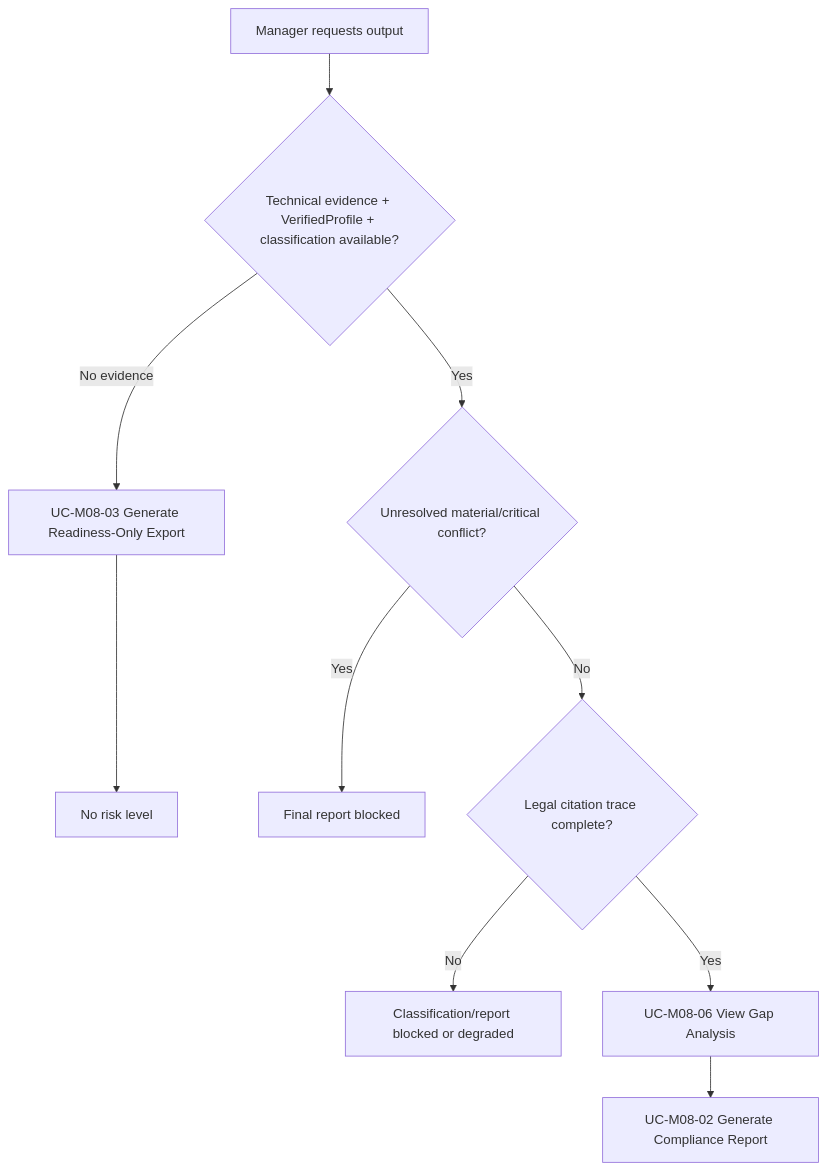
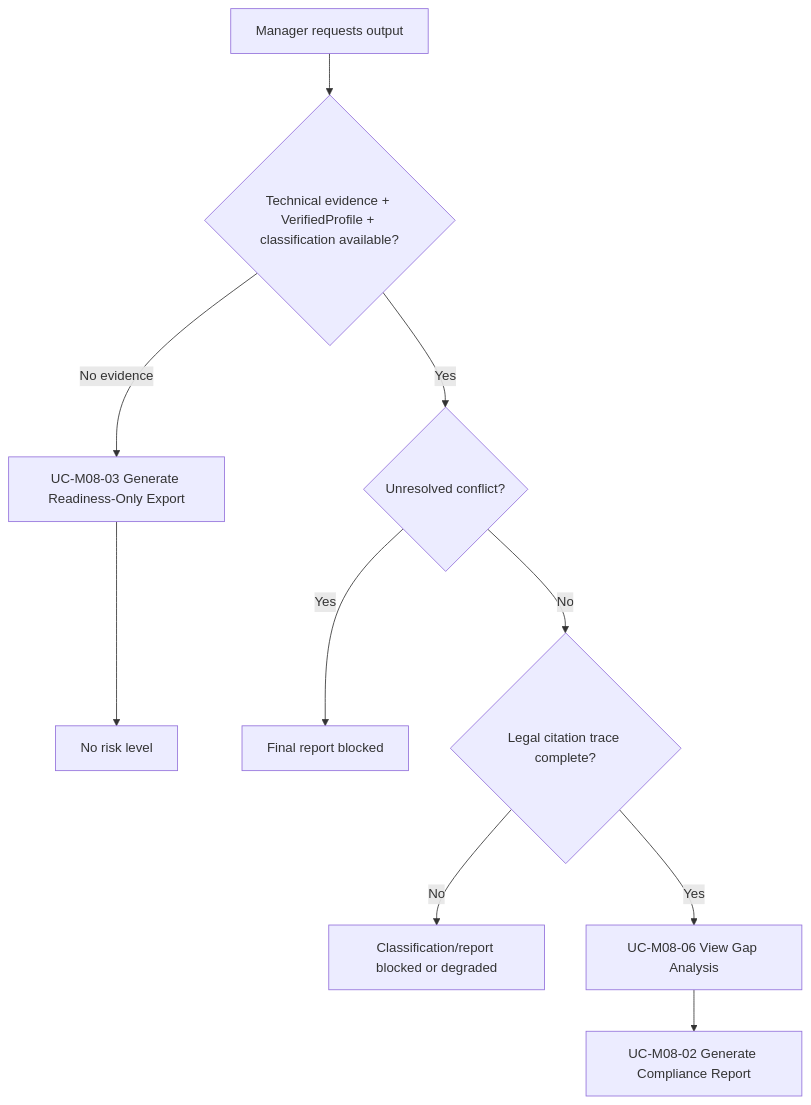
One commit to khovan123/LCSP changed diagram 12 of 14 in docs/design/flowcharts.md. Above: the diagram before and after it, drawn with Mermaid. The commit also changed other lines of this file and 122 other files, not shown here.

````diff
--- a/docs/design/flowcharts.md
+++ b/docs/design/flowcharts.md
@@ -149,12 +226,12 @@
 ```mermaid
 flowchart TD
   A[Manager requests output] --> B{Technical evidence + VerifiedProfile + classification available?}
   B -->|No evidence| C[UC-M08-03 Generate Readiness-Only Export]
   C --> D[No risk level]
-  B -->|Yes| E{Unresolved material/critical conflict?}
+  B -->|Yes| E{Unresolved conflict?}
   E -->|Yes| F[Final report blocked]
   E -->|No| G{Legal citation trace complete?}
   G -->|No| H[Classification/report blocked or degraded]
   G -->|Yes| GA[UC-M08-06 View Gap Analysis]
   GA --> I[UC-M08-02 Generate Compliance Report]
 ```
````
